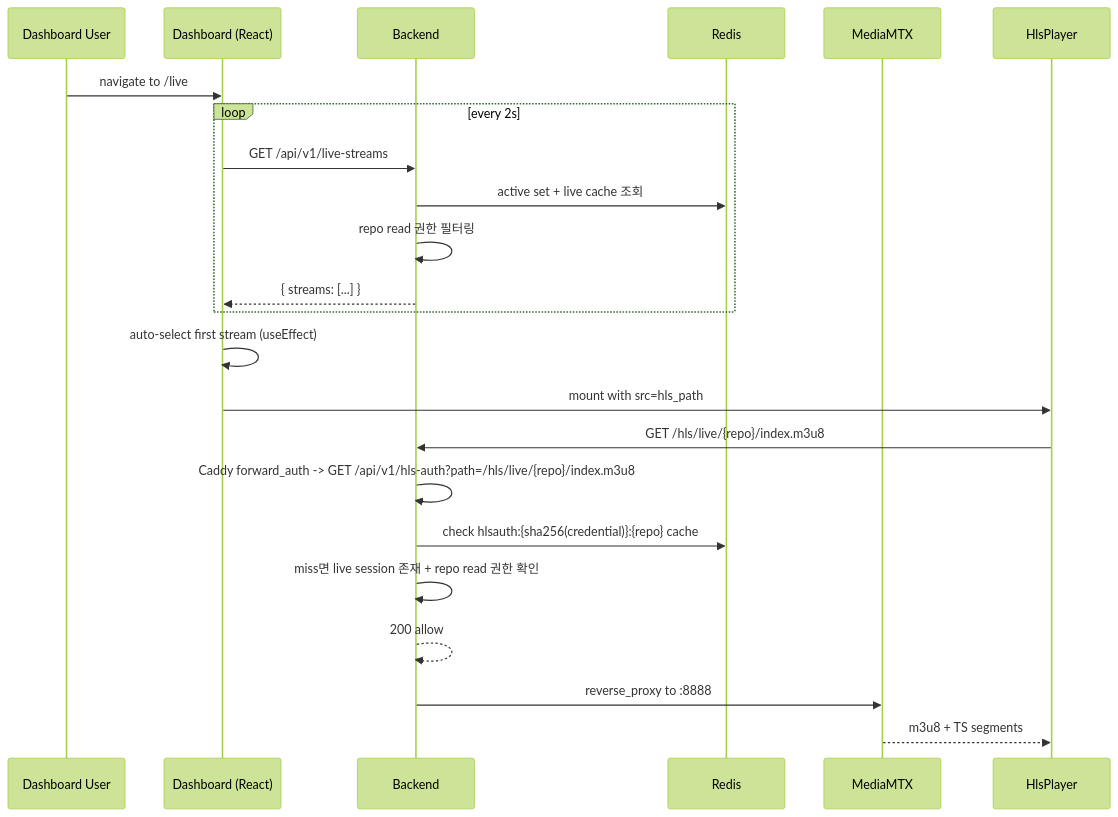
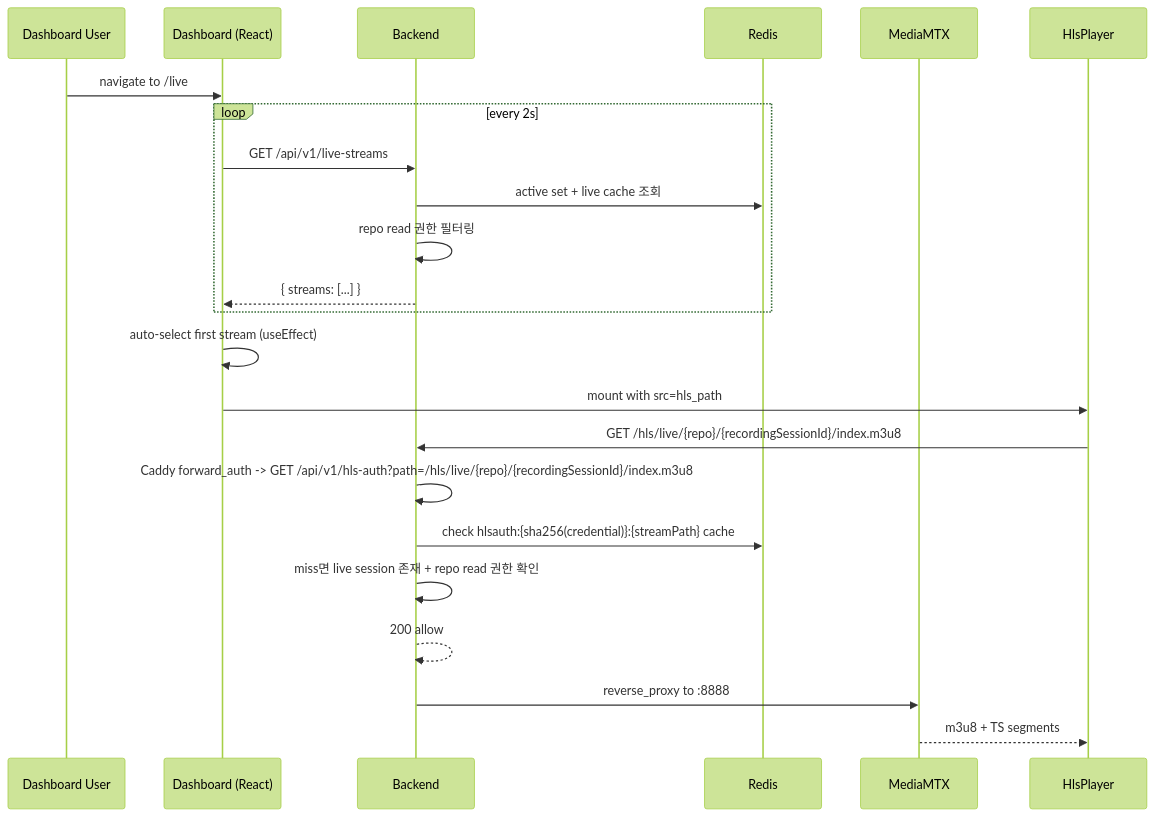
One commit to ego-flow/ego-flow-server changed the fourth of 7 diagrams in docs/09. project_streaming.md. Above: the diagram before and after it, drawn with Mermaid (forest theme). The commit also changed other lines of this file and 28 other files, not shown here.

````diff
--- a/docs/09. project_streaming.md
+++ b/docs/09. project_streaming.md
@@ -280,26 +246,26 @@
 ```mermaid
 sequenceDiagram
     participant User as Dashboard User
     participant FE as Dashboard (React)
     participant BE as Backend
     participant Redis
     participant MTX as MediaMTX
     participant HP as HlsPlayer
 
     User->>FE: navigate to /live
     loop every 2s
         FE->>BE: GET /api/v1/live-streams
         BE->>Redis: active set + live cache 조회
         BE->>BE: repo read 권한 필터링
         BE-->>FE: { streams: [...] }
     end
     FE->>FE: auto-select first stream (useEffect)
     FE->>HP: mount with src=hls_path
-    HP->>BE: GET /hls/live/{repo}/index.m3u8
-    BE->>BE: Caddy forward_auth -> GET /api/v1/hls-auth?path=/hls/live/{repo}/index.m3u8
-    BE->>Redis: check hlsauth:{sha256(credential)}:{repo} cache
+    HP->>BE: GET /hls/live/{repo}/{recordingSessionId}/index.m3u8
+    BE->>BE: Caddy forward_auth -> GET /api/v1/hls-auth?path=/hls/live/{repo}/{recordingSessionId}/index.m3u8
+    BE->>Redis: check hlsauth:{sha256(credential)}:{streamPath} cache
     BE->>BE: miss면 live session 존재 + repo read 권한 확인
     BE-->>BE: 200 allow
     BE->>MTX: reverse_proxy to :8888
     MTX-->>HP: m3u8 + TS segments
 ```
````
